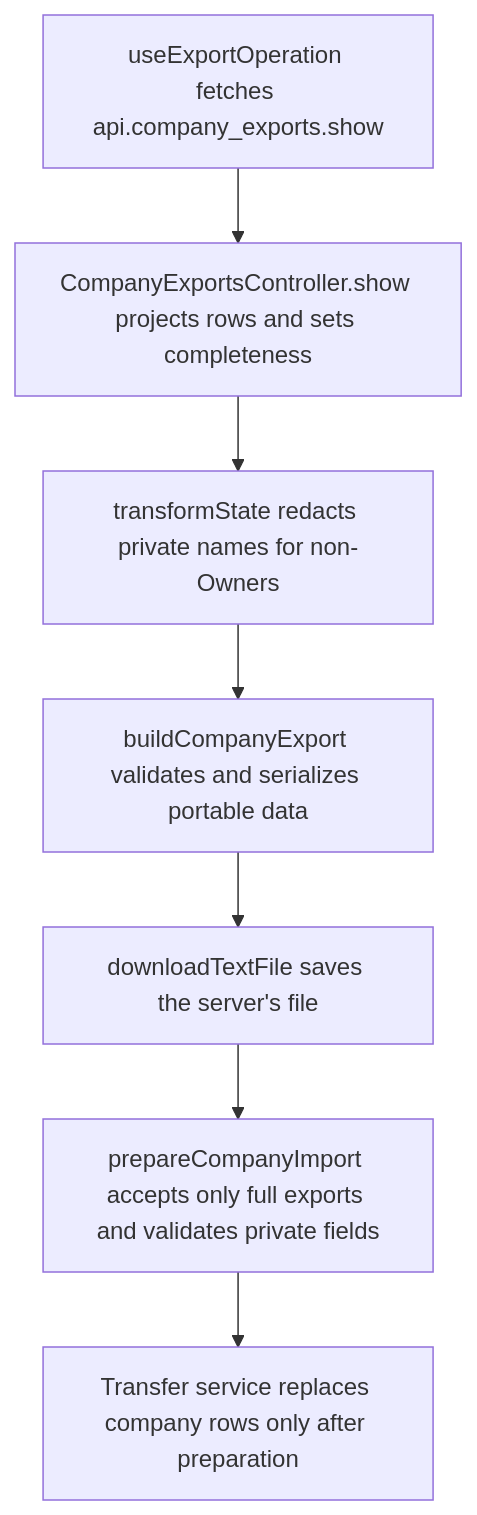
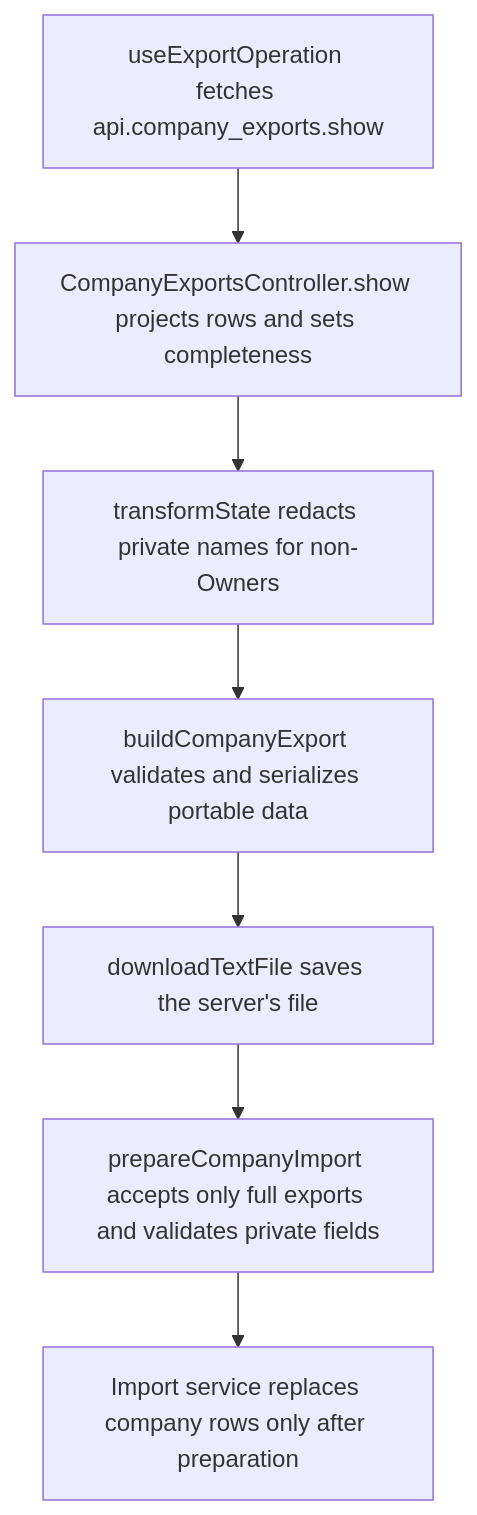
Before and after one commit to Kevinjohn/capacitylens: the second of 2 diagrams in user-stories/data/US-DAT-07-private-name-portability.md, drawn with Mermaid. The commit also changed other lines of this file and 10 other files, not shown here.

First line of the commit message:
Import, not transfer: rename the beta contract headings and prose

````diff
--- a/user-stories/data/US-DAT-07-private-name-portability.md
+++ b/user-stories/data/US-DAT-07-private-name-portability.md
@@ -29,9 +29,9 @@
 ```mermaid
 flowchart TD
   fetch["useExportOperation fetches api.company_exports.show"] --> role["CompanyExportsController.show projects rows and sets completeness"]
   role --> project["transformState redacts private names for non-Owners"]
   project --> beta["buildCompanyExport validates and serializes portable data"]
   beta --> file["downloadTextFile saves the server's file"]
   file --> import["prepareCompanyImport accepts only full exports and validates private fields"]
-  import --> replace["Transfer service replaces company rows only after preparation"]
+  import --> replace["Import service replaces company rows only after preparation"]
 ```
````
